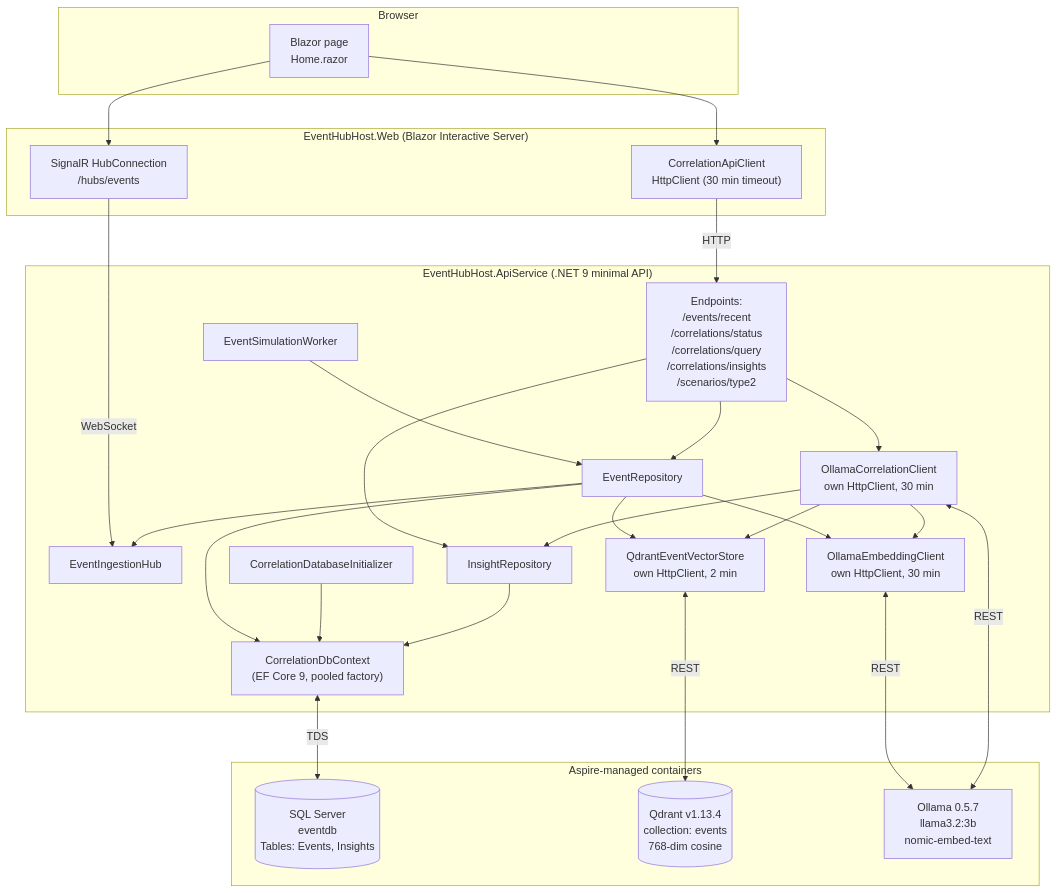
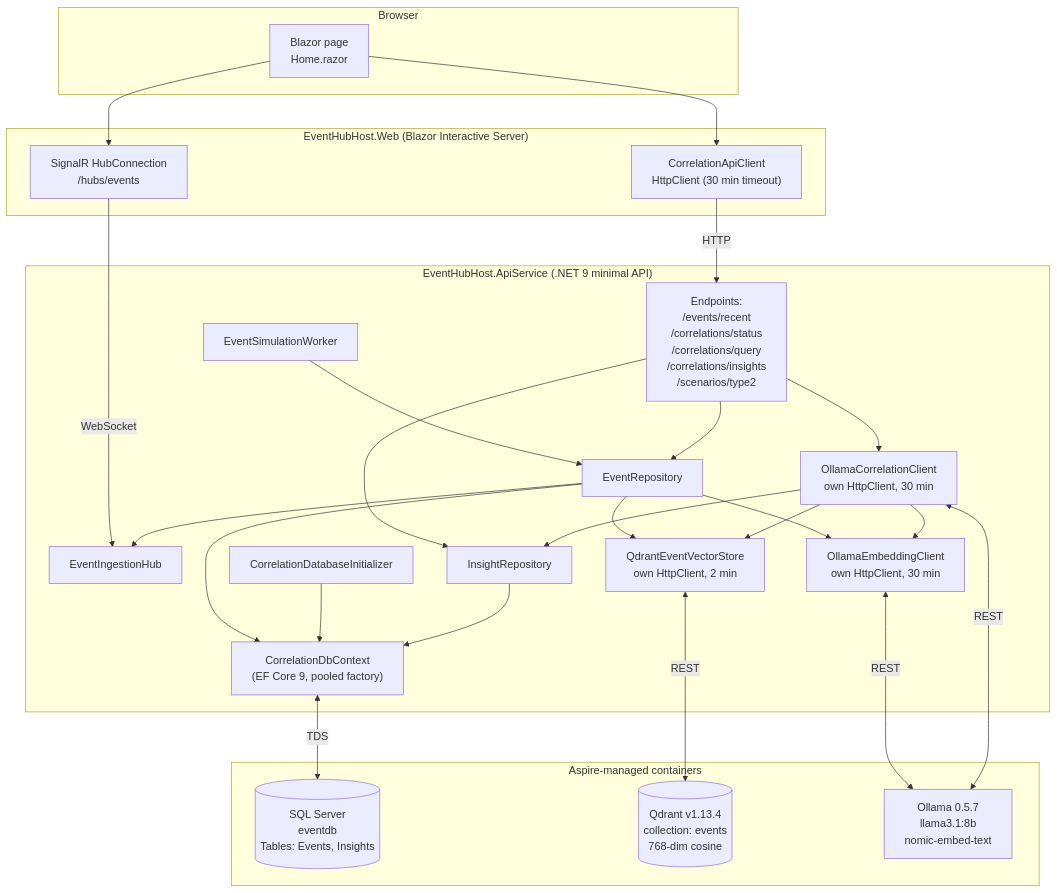
One commit to jeanhibbert/EventHubHost changed the first of 3 diagrams in docs/architecture.md. Above: the diagram before and after it, drawn with Mermaid. The commit also changed other lines of this file and 16 other files, not shown here.

````diff
--- a/docs/architecture.md
+++ b/docs/architecture.md
@@ -9,57 +9,57 @@
 ```mermaid
 flowchart TB
     subgraph Browser
         UI[Blazor page<br/>Home.razor]
     end
 
     subgraph Web["EventHubHost.Web (Blazor Interactive Server)"]
         UI
         APICLIENT["CorrelationApiClient<br/>HttpClient (30 min timeout)"]
         HUBCLIENT["SignalR HubConnection<br/>/hubs/events"]
     end
 
     subgraph Api["EventHubHost.ApiService (.NET 9 minimal API)"]
         ENDPOINTS["Endpoints:<br/>/events/recent<br/>/correlations/status<br/>/correlations/query<br/>/correlations/insights<br/>/scenarios/type2"]
         HUB[EventIngestionHub]
         WORKER[EventSimulationWorker]
         REPO[EventRepository]
         IREPO[InsightRepository]
         OLLAMA["OllamaCorrelationClient<br/>own HttpClient, 30 min"]
         EMBED["OllamaEmbeddingClient<br/>own HttpClient, 30 min"]
         QSTORE["QdrantEventVectorStore<br/>own HttpClient, 2 min"]
         DB["CorrelationDbContext<br/>(EF Core 9, pooled factory)"]
         INIT[CorrelationDatabaseInitializer]
     end
 
     subgraph Containers["Aspire-managed containers"]
         SQL[("SQL Server<br/>eventdb<br/>Tables: Events, Insights")]
         QDR[("Qdrant v1.13.4<br/>collection: events<br/>768-dim cosine")]
-        LLM["Ollama 0.5.7<br/>llama3.2:3b<br/>nomic-embed-text"]
+        LLM["Ollama 0.5.7<br/>llama3.1:8b<br/>nomic-embed-text"]
     end
 
     UI --> APICLIENT
     UI --> HUBCLIENT
     APICLIENT -- "HTTP" --> ENDPOINTS
     HUBCLIENT -- "WebSocket" --> HUB
 
     WORKER --> REPO
     ENDPOINTS --> REPO
     ENDPOINTS --> OLLAMA
     ENDPOINTS --> IREPO
 
     REPO --> DB
     REPO --> EMBED
     REPO --> QSTORE
     REPO --> HUB
     INIT --> DB
 
     OLLAMA --> EMBED
     OLLAMA --> QSTORE
     OLLAMA --> IREPO
     IREPO --> DB
 
     DB <-- "TDS" --> SQL
     QSTORE <-- "REST" --> QDR
     EMBED <-- "REST" --> LLM
     OLLAMA <-- "REST" --> LLM
 ```
````
